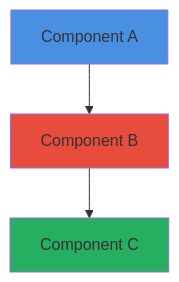
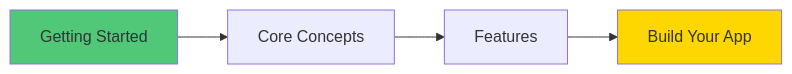
Before and after one commit to Manoj-tawk/tawk-agents-sdk: the first of 3 diagrams in docs/STRUCTURE.md, drawn with Mermaid. The commit also changed other lines of this file and 14 other files, not shown here.

````diff
--- a/docs/STRUCTURE.md
+++ b/docs/STRUCTURE.md
@@ -155,9 +135,9 @@
 ```mermaid
-graph TB
-    A[Component A] --> B[Component B]
-    B --> C[Component C]
+graph LR
+    A[Getting Started] --> B[Core Concepts]
+    B --> C[Features]
+    C --> D[Build Your App]
     
-    style A fill:#4a90e2
-    style B fill:#e74c3c
-    style C fill:#27ae60
+    style A fill:#50c878
+    style D fill:#ffd700
 ```
````
